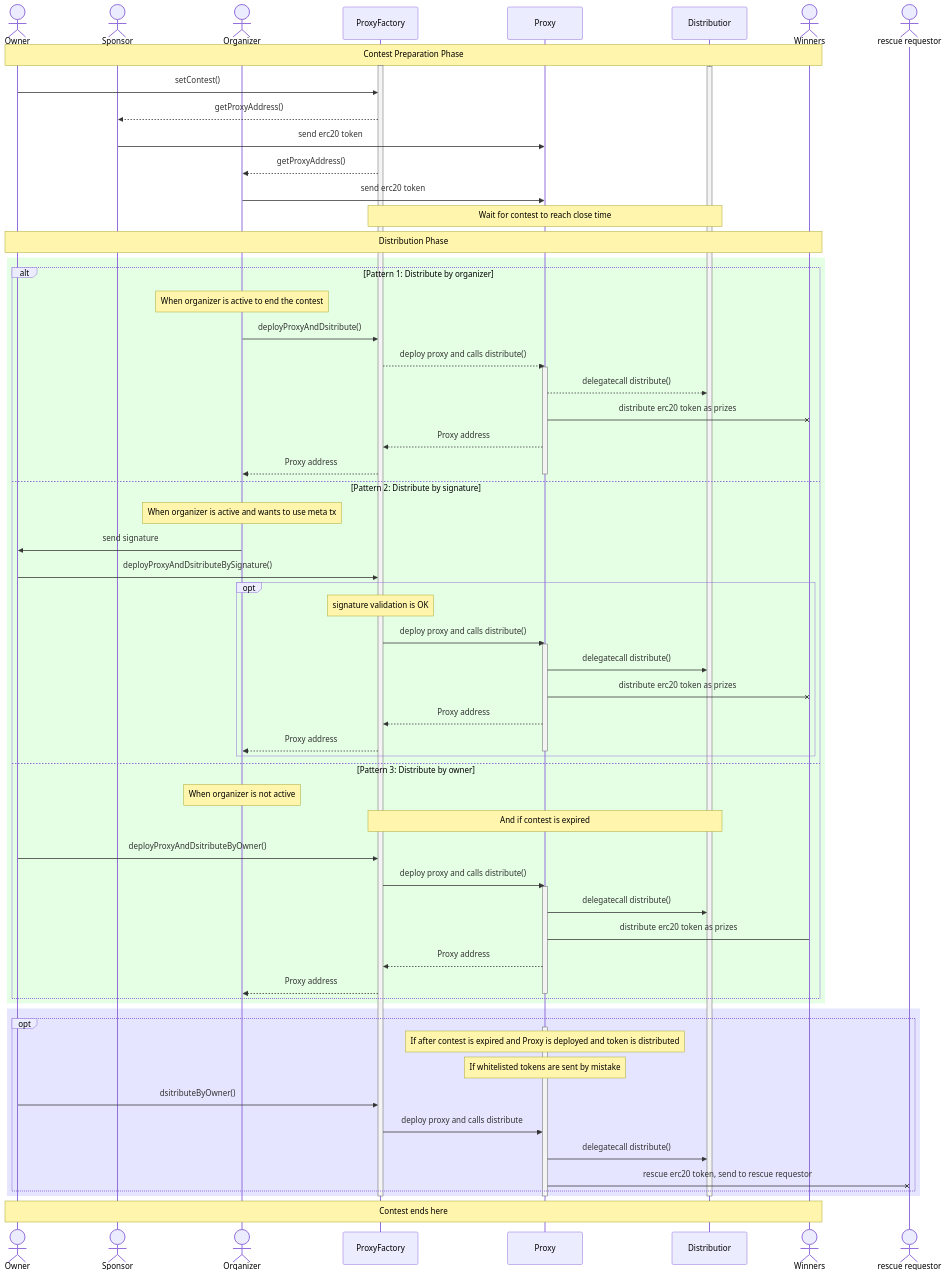
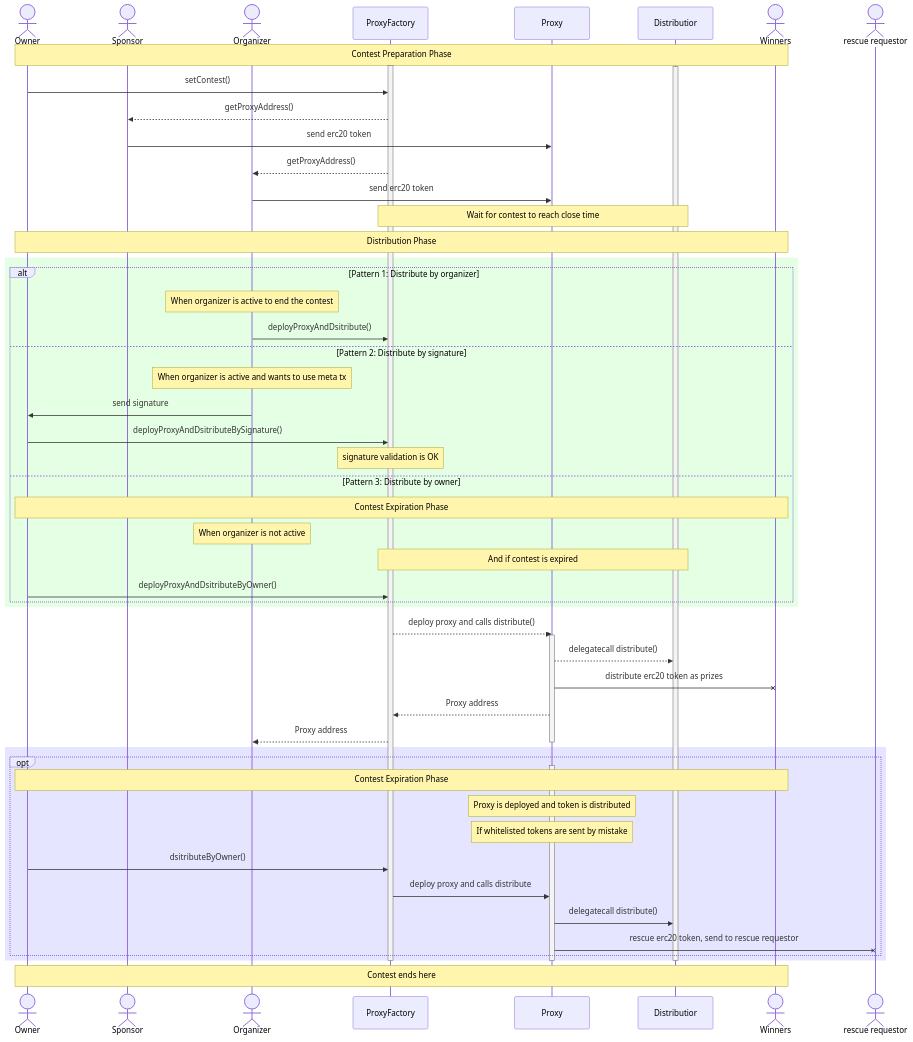
One commit to codefox-inc/sparkn-contracts changed the diagram in README.md. Above: the diagram before and after it, drawn with Mermaid.

Commit message:
✏️ fix sequence diagram

````diff
--- a/README.md
+++ b/README.md
@@ -107,75 +107,61 @@
 ```mermaid
 sequenceDiagram
     actor 1 as Owner
     actor S as Sponsor
     actor O as Organizer
     participant PF as ProxyFactory
     participant P as Proxy
     participant D as Distributior
     actor W as Winners
     actor RT as rescue requestor
     Note over 1,W: Contest Preparation Phase
     activate PF
     activate D
     1->>PF: setContest()
     PF-->>S: getProxyAddress()
     S->>P: send erc20 token
     PF-->>O: getProxyAddress()
     O->>P: send erc20 token
     Note over PF,D: Wait for contest to reach close time
     Note over 1,W: Distribution Phase
     rect rgba(0, 255, 0, 0.1)
         alt Pattern 1: Distribute by organizer
         Note over O: When organizer is active to end the contest
             O->>PF: deployProxyAndDsitribute()
-            PF-->>P: deploy proxy and calls distribute()
-            activate P
-            P-->>D: delegatecall distribute()
-            P-xW: distribute erc20 token as prizes
-            P-->>PF: Proxy address
-            PF-->>O: Proxy address
-            deactivate P
     else Pattern 2: Distribute by signature
     Note over O: When organizer is active and wants to use meta tx
         O ->> 1: send signature
         1->>PF: deployProxyAndDsitributeBySignature()
-        opt
-            note over PF: signature validation is OK
-            PF->>P: deploy proxy and calls distribute()
-            activate P
-            P->>D: delegatecall distribute()
-            P-xW: distribute erc20 token as prizes
-            P-->>PF: Proxy address
-            PF-->>O: Proxy address
-            deactivate P
-        end
+        note over PF: signature validation is OK
     else Pattern 3: Distribute by owner
+    Note over 1,W: Contest Expiration Phase
         Note over O: When organizer is not active
         Note over PF, D: And if contest is expired
         1->>PF: deployProxyAndDsitributeByOwner()
-        PF->>P: deploy proxy and calls distribute()
-        activate P
-        P->>D: delegatecall distribute()
-        P->W: distribute erc20 token as prizes
-        P-->>PF: Proxy address
-        PF-->>O: Proxy address
-        deactivate P
     end
     end
+    PF-->>P: deploy proxy and calls distribute()
+    activate P
+    P-->>D: delegatecall distribute()
+    P-xW: distribute erc20 token as prizes
+    P-->>PF: Proxy address
+    PF-->>O: Proxy address
+    deactivate P
     rect rgba(0, 0, 255, 0.1)
         opt
             activate P
-            Note over P: If after contest is expired and Proxy is deployed and token is distributed
+            Note over 1,W: Contest Expiration Phase
+            Note over P: Proxy is deployed and token is distributed
             Note over P: If whitelisted tokens are sent by mistake
             1->>PF: dsitributeByOwner()
             PF->>P: deploy proxy and calls distribute
             P->>D: delegatecall distribute()
             P-xRT: rescue erc20 token, send to rescue requestor
         end
     end
     deactivate PF
     deactivate P
     deactivate D
     Note over 1,W: Contest ends here
 
 ```
````
